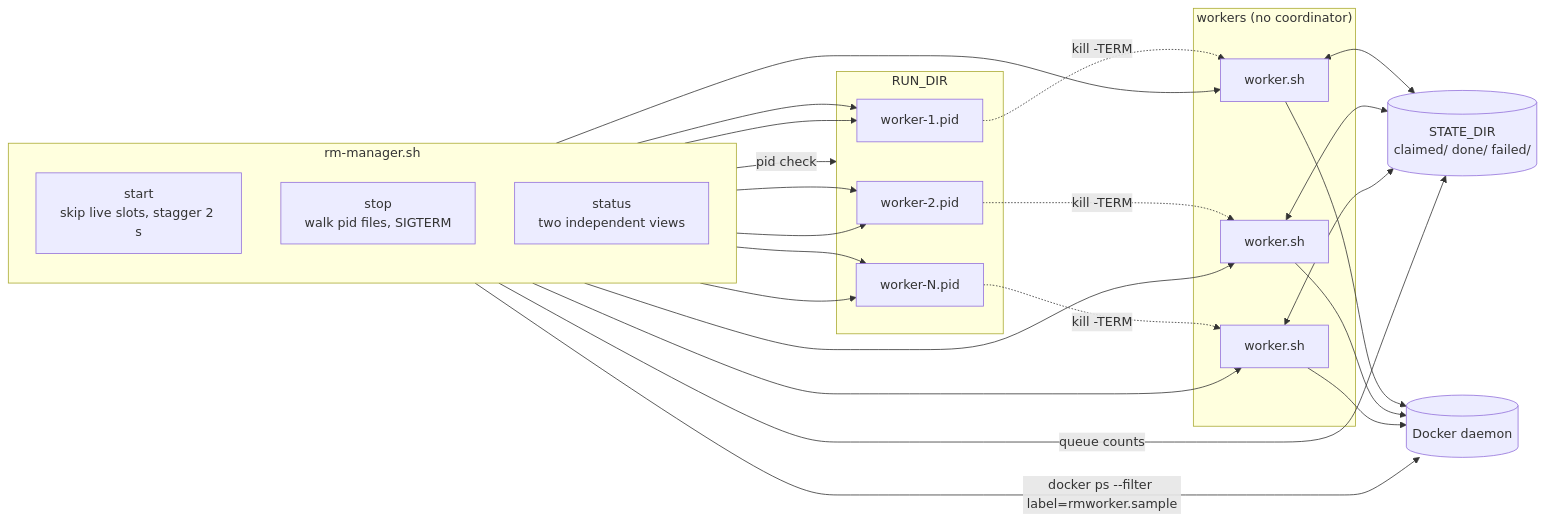
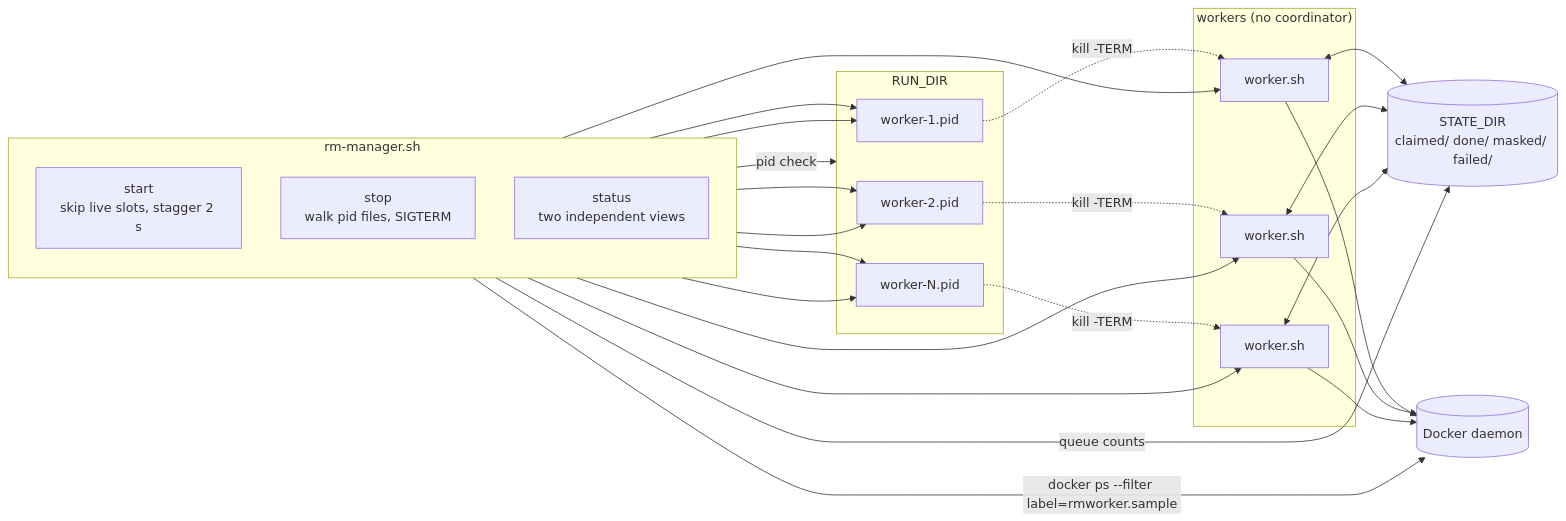
One commit to 0foo/cyp-project changed the fourth of 4 diagrams in docs/diagrams/02-worker-concurrency.md. Above: the diagram before and after it, drawn with Mermaid. The commit also changed other lines of this file and 15 other files, not shown here.

````diff
--- a/docs/diagrams/02-worker-concurrency.md
+++ b/docs/diagrams/02-worker-concurrency.md
@@ -123,42 +142,42 @@
 ```mermaid
 flowchart LR
     subgraph MGR["rm-manager.sh"]
         direction TB
         ST["start<br/>skip live slots, stagger 2 s"]
         SP["stop<br/>walk pid files, SIGTERM"]
         SS["status<br/>two independent views"]
     end
 
     subgraph RUN["RUN_DIR"]
         P1["worker-1.pid"]
         P2["worker-2.pid"]
         P3["worker-N.pid"]
     end
 
     subgraph WK["workers (no coordinator)"]
         W1["worker.sh"]
         W2["worker.sh"]
         W3["worker.sh"]
     end
 
-    STATE[("STATE_DIR<br/>claimed/ done/ failed/")]
+    STATE[("STATE_DIR<br/>claimed/ done/ masked/ failed/")]
 
     ST --> P1 & P2 & P3
     ST --> W1 & W2 & W3
     SP --> P1 & P2 & P3
     P1 -.->|"kill -TERM"| W1
     P2 -.->|"kill -TERM"| W2
     P3 -.->|"kill -TERM"| W3
 
     W1 <--> STATE
     W2 <--> STATE
     W3 <--> STATE
 
     SS -->|"pid check"| RUN
     SS -->|"queue counts"| STATE
     SS -->|"docker ps --filter label=rmworker.sample"| DK[("Docker daemon")]
 
     W1 --> DK
     W2 --> DK
     W3 --> DK
 ```
````
